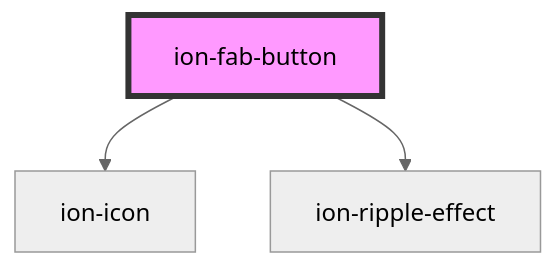
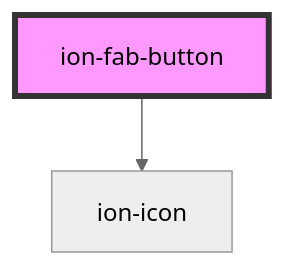
One commit to MEDGRUPOGIT/ionic-framework-1 changed the diagram in core/src/components/fab-button/readme.md. Above: the diagram before and after it, drawn with Mermaid (neutral theme). The commit also changed other lines of this file and 486 other files, not shown here.

````diff
--- a/core/src/components/fab-button/readme.md
+++ b/core/src/components/fab-button/readme.md
@@ -225,6 +221,5 @@
 ```mermaid
 graph TD;
   ion-fab-button --> ion-icon
-  ion-fab-button --> ion-ripple-effect
   style ion-fab-button fill:#f9f,stroke:#333,stroke-width:4px
 ```
````
